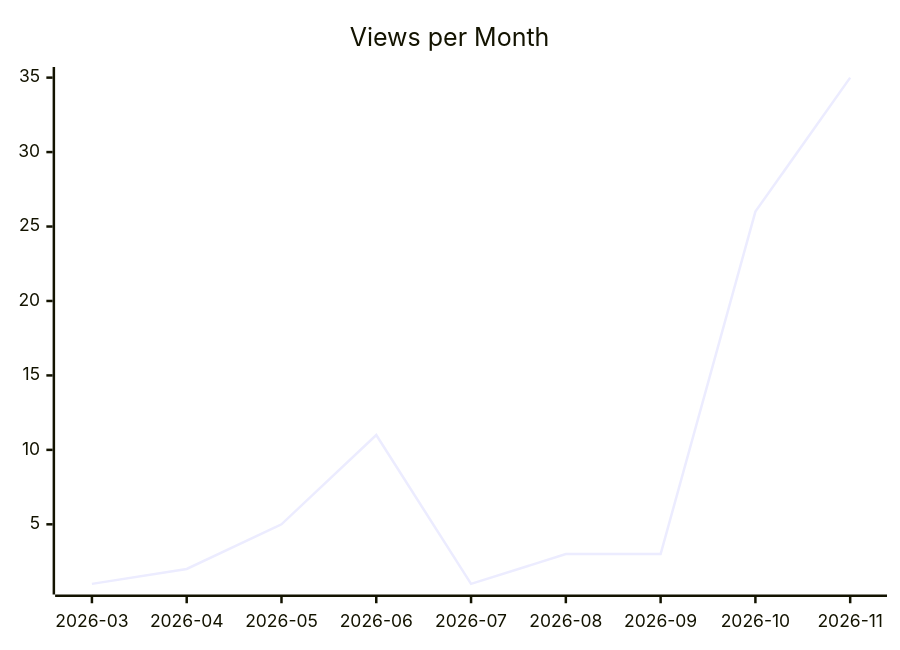
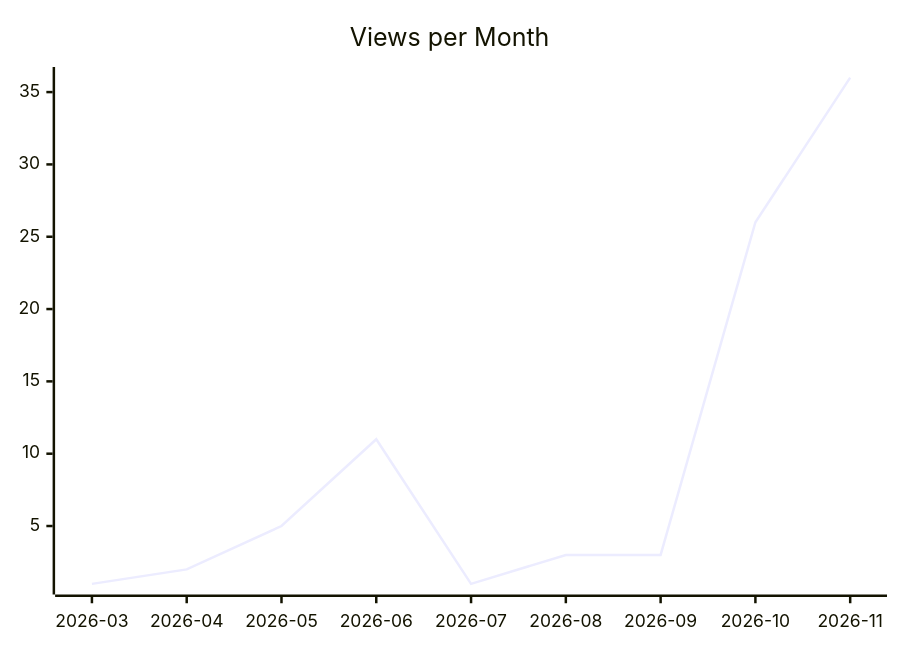
The second of 3 diagrams in karlmdavis/justdavis-ansible/README.md (justdavis-family/github-analytics-data), drawn with Mermaid before and after one commit. The commit also changed other lines of this file and 193 other files, not shown here.

````diff
--- a/karlmdavis/justdavis-ansible/README.md
+++ b/karlmdavis/justdavis-ansible/README.md
@@ -12,6 +12,6 @@
 ```mermaid
 xychart-beta
   title "Views per Month"
   x-axis ["2026-03", "2026-04", "2026-05", "2026-06", "2026-07", "2026-08", "2026-09", "2026-10", "2026-11"]
-  line [1, 2, 5, 11, 1, 3, 3, 26, 35]
+  line [1, 2, 5, 11, 1, 3, 3, 26, 36]
 ```
````
